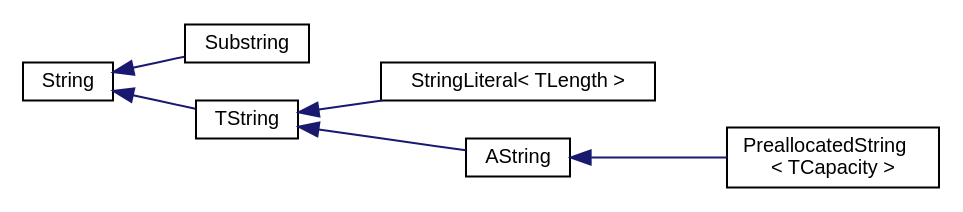
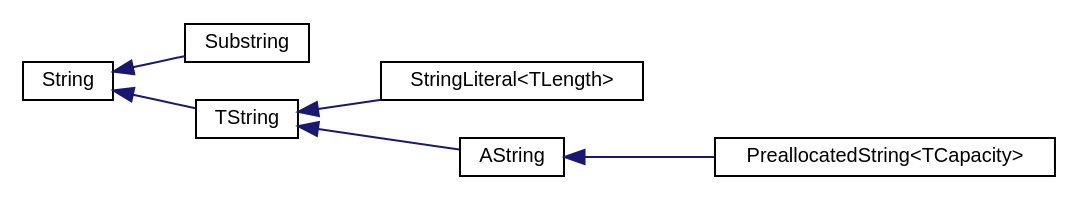
The diagram in cpp_ref/inherit_graph_53.dot.corrected.dot (AlexWorx/ALox-Logging-Library), drawn with Graphviz before and after one commit. The commit also changed 1750 other files, not shown here.

```diff
--- a/cpp_ref/inherit_graph_53.dot.corrected.dot
+++ b/cpp_ref/inherit_graph_53.dot.corrected.dot
@@ -1,17 +1,17 @@
 digraph "Graphical Class Hierarchy"
 {
   edge [fontname="Helvetica",fontsize="10",labelfontname="Helvetica",labelfontsize="10"];
   node [fontname="Helvetica",fontsize="10",shape=record];
   rankdir="LR";
   Node1 [label="String",height=0.2,width=0.4,color="black", fillcolor="white", style="filled",URL="$classaworx_1_1lib_1_1strings_1_1String.html"];
-  Node5 [label="PreallocatedString\l\< TCapacity \>",height=0.2,width=0.4,color="black", fillcolor="white", style="filled",URL="$classaworx_1_1lib_1_1strings_1_1PreallocatedString.html"];
-  Node10 [label="StringLiteral\< TLength \>",height=0.2,width=0.4,color="black", fillcolor="white", style="filled",URL="$classaworx_1_1lib_1_1strings_1_1StringLiteral.html"];
+  Node5 [label="PreallocatedString\<TCapacity\>",height=0.2,width=0.4,color="black", fillcolor="white", style="filled",URL="$classaworx_1_1lib_1_1strings_1_1PreallocatedString.html"];
+  Node10 [label="StringLiteral\<TLength\>",height=0.2,width=0.4,color="black", fillcolor="white", style="filled",URL="$classaworx_1_1lib_1_1strings_1_1StringLiteral.html"];
   Node1 -> Node2 [dir="back",color="midnightblue",fontsize="10",style="solid",fontname="Helvetica"];
   Node1 -> Node3 [dir="back",color="midnightblue",fontsize="10",style="solid",fontname="Helvetica"];
   Node3 -> Node4 [dir="back",color="midnightblue",fontsize="10",style="solid",fontname="Helvetica"];
   Node3 -> Node10 [dir="back",color="midnightblue",fontsize="10",style="solid",fontname="Helvetica"];
   Node4 -> Node5 [dir="back",color="midnightblue",fontsize="10",style="solid",fontname="Helvetica"];
   Node2 [label="Substring",height=0.2,width=0.4,color="black", fillcolor="white", style="filled",URL="$classaworx_1_1lib_1_1strings_1_1Substring.html"];
   Node3 [label="TString",height=0.2,width=0.4,color="black", fillcolor="white", style="filled",URL="$classaworx_1_1lib_1_1strings_1_1TString.html"];
   Node4 [label="AString",height=0.2,width=0.4,color="black", fillcolor="white", style="filled",URL="$classaworx_1_1lib_1_1strings_1_1AString.html"];
 }
```
